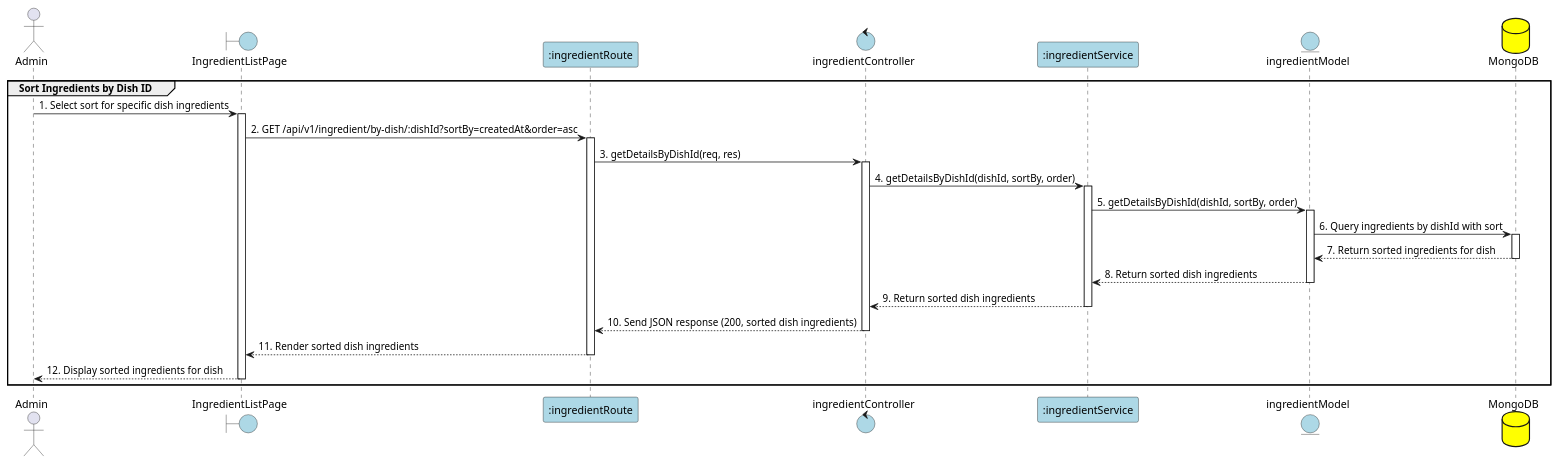
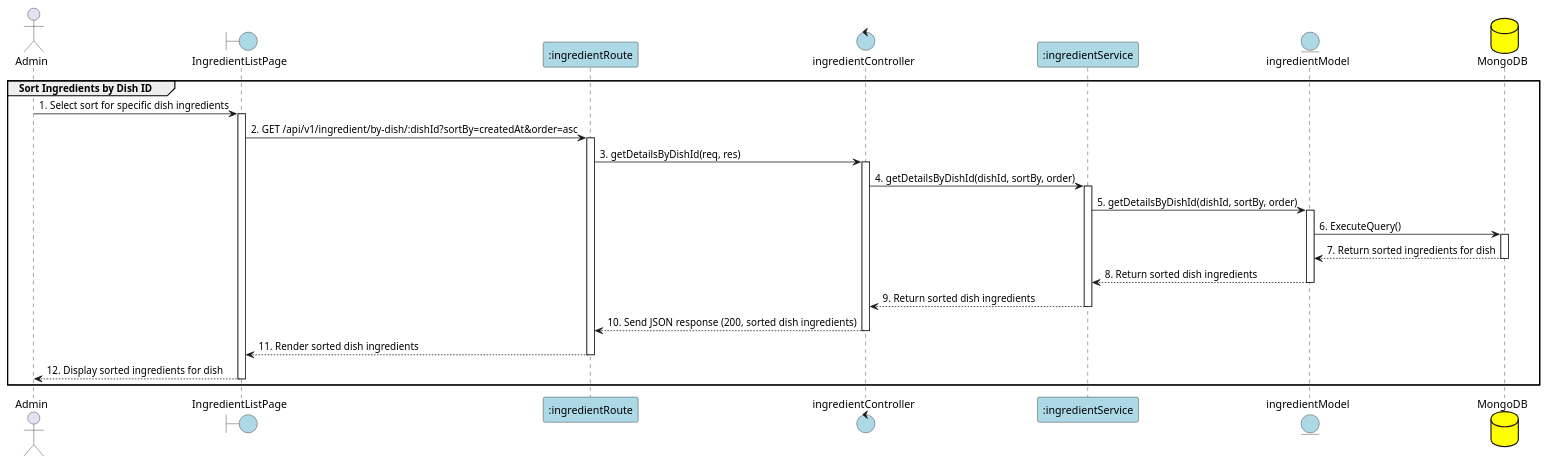
The diagram in PlanUML/29_SortIngredient.puml (Aohkne/CaloCook), drawn with PlantUML before and after one commit. The commit also changed 11 other files, not shown here.

```diff
--- a/PlanUML/29_SortIngredient.puml
+++ b/PlanUML/29_SortIngredient.puml
@@ -1,48 +1,48 @@
 @startuml SortIngredient
 
 actor "Admin" as Admin
 boundary "IngredientListPage" as View #lightblue
 participant ":ingredientRoute" as Route #lightblue
 control "ingredientController" as Controller #lightblue
 participant ":ingredientService" as Service #lightblue
 entity "ingredientModel" as Model #lightblue
 database "MongoDB" as MongoDB #yellow
 
 group Sort Ingredients by Dish ID
 Admin -> View: 1. Select sort for specific dish ingredients
 activate View
 View -> Route: 2. GET /api/v1/ingredient/by-dish/:dishId?sortBy=createdAt&order=asc
 activate Route
 
 Route -> Controller: 3. getDetailsByDishId(req, res)
 activate Controller
 
 Controller -> Service: 4. getDetailsByDishId(dishId, sortBy, order)
 activate Service
 
 Service -> Model: 5. getDetailsByDishId(dishId, sortBy, order)
 activate Model
 
-Model -> MongoDB: 6. Query ingredients by dishId with sort
+Model -> MongoDB: 6. ExecuteQuery()
 activate MongoDB
 
 MongoDB --> Model: 7. Return sorted ingredients for dish
 deactivate MongoDB
 
 Model --> Service: 8. Return sorted dish ingredients
 deactivate Model
 
 Service --> Controller: 9. Return sorted dish ingredients
 deactivate Service
 
 Controller --> Route: 10. Send JSON response (200, sorted dish ingredients)
 deactivate Controller
 
 Route --> View: 11. Render sorted dish ingredients
 deactivate Route
 
 View --> Admin: 12. Display sorted ingredients for dish
 deactivate View
 end
 
 @enduml
```
